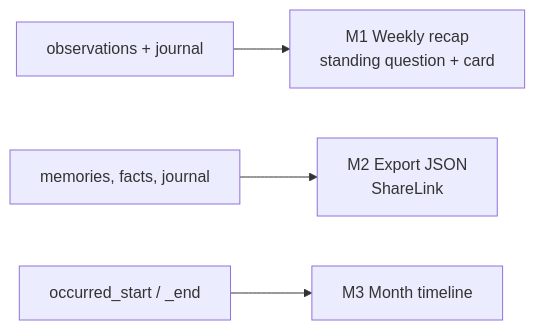
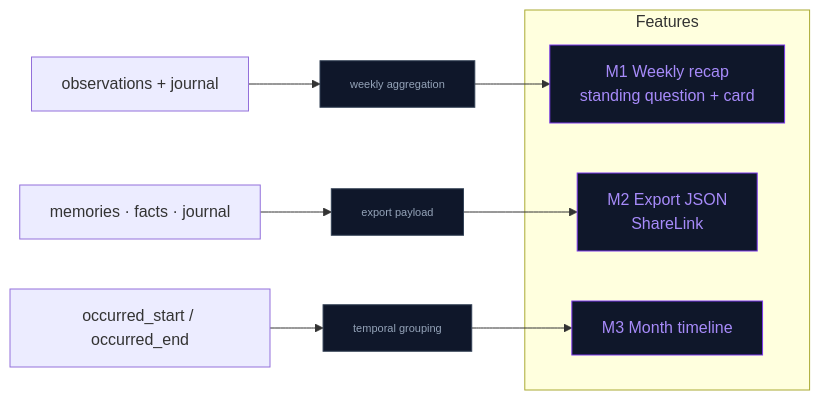
One commit to kevinliddel/NeuraLink changed the diagram in docs/MEMORY_OWNERSHIP_PLAN.md. Above: the diagram before and after it, drawn with Mermaid. The commit also changed other lines of this file and 28 other files, not shown here.

Commit message:
feat: implement memory ownership for the user and allow him to export the data in json format

````diff
--- a/docs/MEMORY_OWNERSHIP_PLAN.md
+++ b/docs/MEMORY_OWNERSHIP_PLAN.md
@@ -17,6 +17,34 @@
 ```mermaid
 graph LR
-    OBS["observations + journal"] --> M1["M1 Weekly recap<br/>standing question + card"]
-    ALL["memories, facts, journal"] --> M2["M2 Export JSON<br/>ShareLink"]
-    DATED["occurred_start / _end"] --> M3["M3 Month timeline"]
+    %% =======================
+    %% Inputs
+    %% =======================
+    OBS["observations + journal"]
+    ALL["memories · facts · journal"]
+    DATED["occurred_start / occurred_end"]
+
+    %% =======================
+    %% Features
+    %% =======================
+    subgraph Features
+        M1["M1 Weekly recap<br/>standing question + card"]
+        M2["M2 Export JSON<br/>ShareLink"]
+        M3["M3 Month timeline"]
+    end
+
+    %% =======================
+    %% Flows
+    %% =======================
+    OBS --> D1["weekly aggregation"] --> M1
+    ALL --> D2["export payload"] --> M2
+    DATED --> D3["temporal grouping"] --> M3
+
+    %% =======================
+    %% Styles
+    %% =======================
+    classDef feature fill:#0f172a,stroke:#7c3aed,color:#a78bfa
+    classDef data fill:#0f172a,stroke:#334155,color:#94a3b8,font-size:11px
+
+    class M1,M2,M3 feature
+    class D1,D2,D3 data
 ```
````
